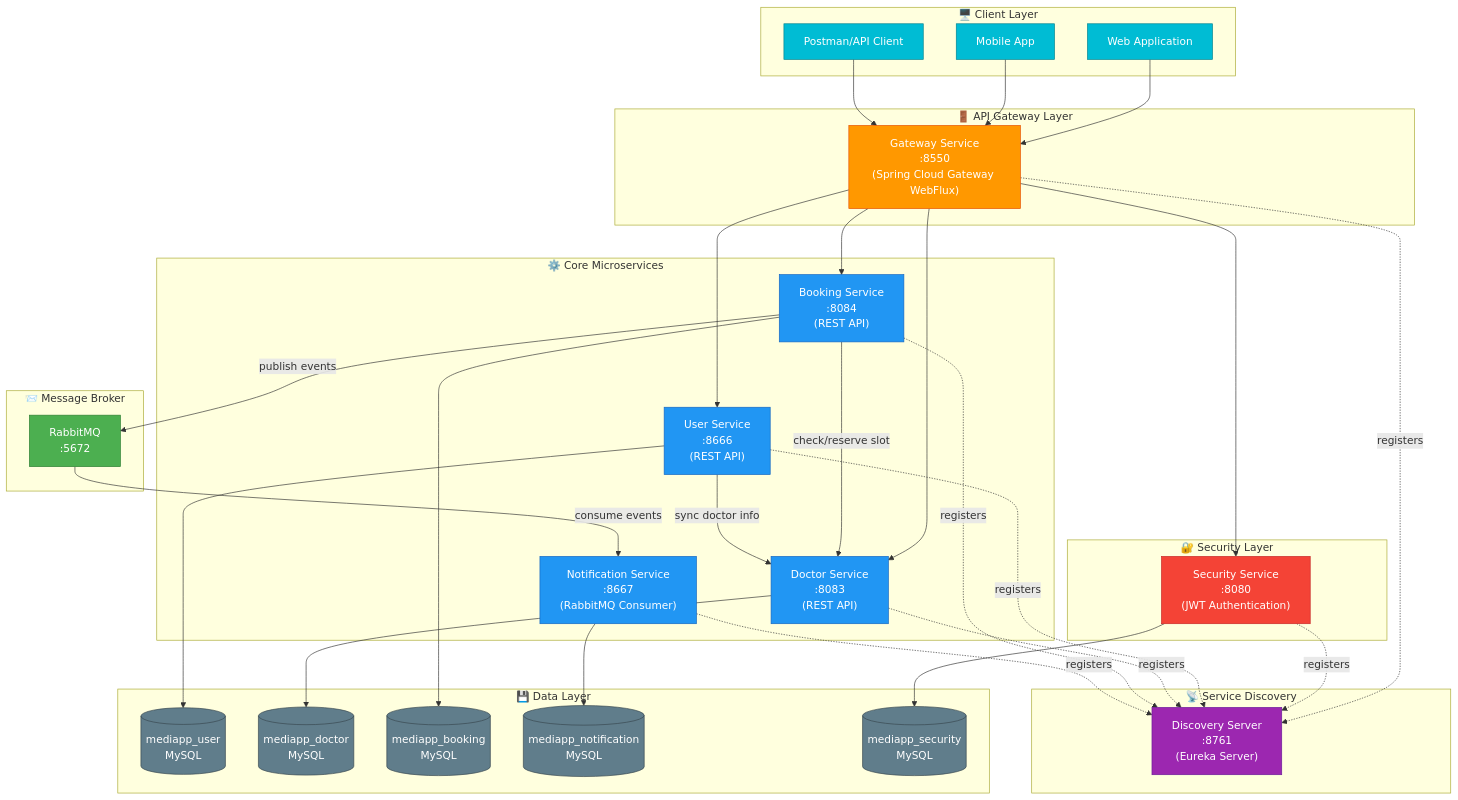
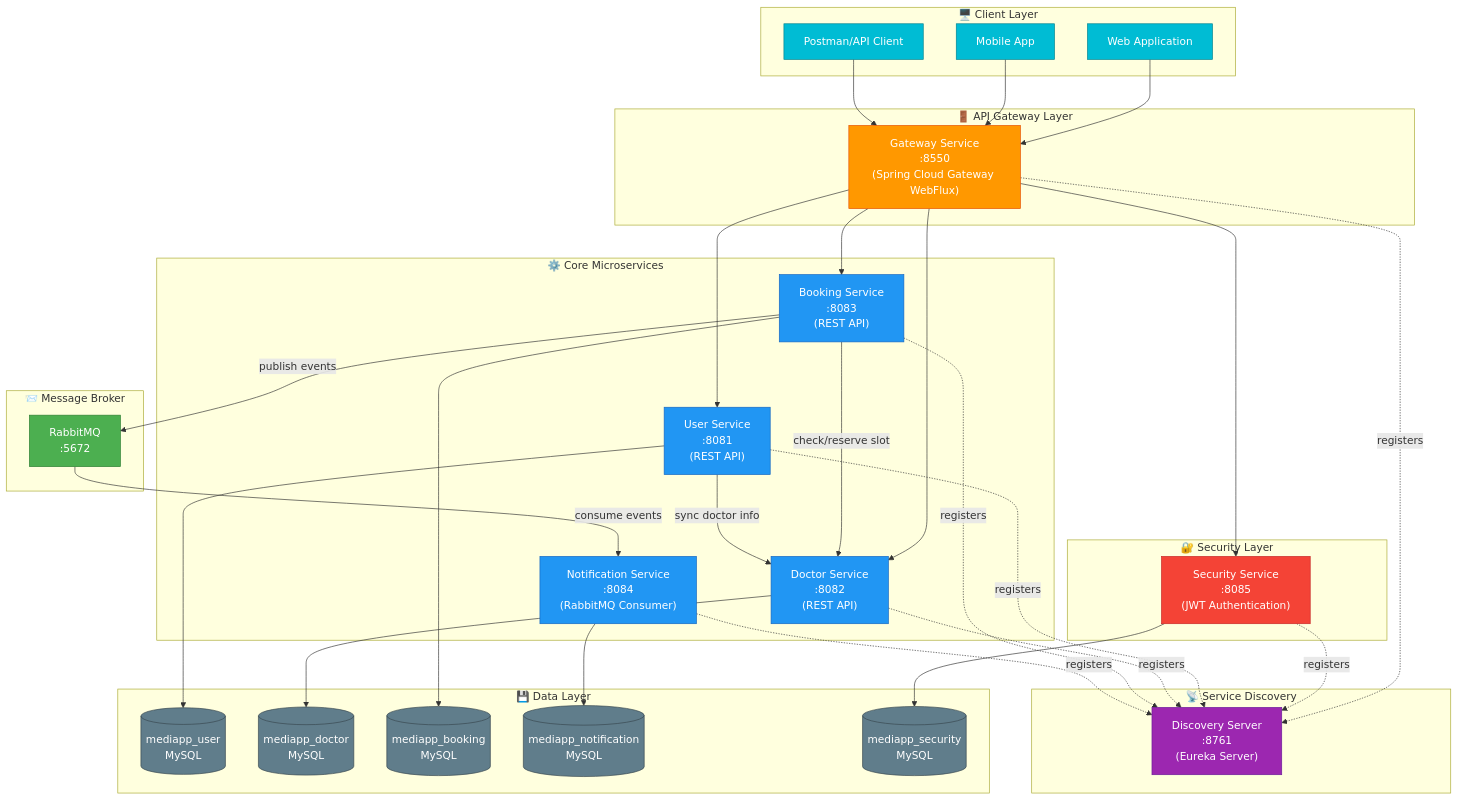
The first of 5 diagrams in architecture-diagram.md (jozefelmanga/MediApp-Backend), drawn with Mermaid before and after one commit. The commit also changed other lines of this file and 1 other file, not shown here.

Commit message:
feat: Update architecture diagram and application properties for service port adjustments and seed data configuration

```diff
--- a/architecture-diagram.md
+++ b/architecture-diagram.md
@@ -15,7 +15,7 @@
     end
 
     subgraph Security["🔐 Security Layer"]
-        SEC["Security Service<br/>:8080<br/>(JWT Authentication)"]
+        SEC["Security Service<br/>:8085<br/>(JWT Authentication)"]
     end
 
     subgraph Discovery["📡 Service Discovery"]
@@ -23,10 +23,10 @@
     end
 
     subgraph CoreServices["⚙️ Core Microservices"]
-        USER["User Service<br/>:8666<br/>(REST API)"]
-        DOC["Doctor Service<br/>:8083<br/>(REST API)"]
-        BOOK["Booking Service<br/>:8084<br/>(REST API)"]
-        NOTIF["Notification Service<br/>:8667<br/>(RabbitMQ Consumer)"]
+        USER["User Service<br/>:8081<br/>(REST API)"]
+        DOC["Doctor Service<br/>:8082<br/>(REST API)"]
+        BOOK["Booking Service<br/>:8083<br/>(REST API)"]
+        NOTIF["Notification Service<br/>:8084<br/>(RabbitMQ Consumer)"]
     end
 
     subgraph Messaging["📨 Message Broker"]
```
